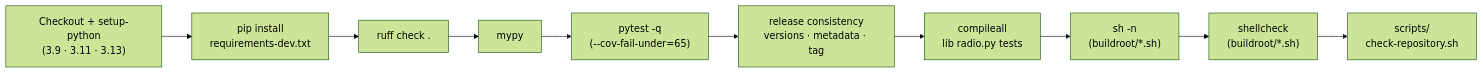
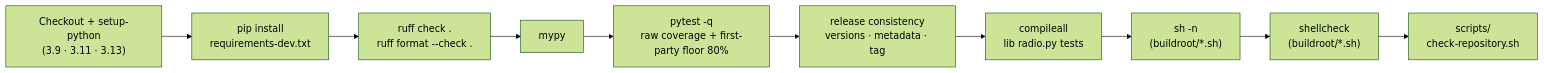
Before and after one commit to thk4711/raspberry-kitchen-radio: the diagram in doc/development.md, drawn with Mermaid (forest theme). The commit also changed other lines of this file and 140 other files, not shown here.

````diff
--- a/doc/development.md
+++ b/doc/development.md
@@ -102,12 +116,12 @@
 ```mermaid
 flowchart LR
     A["Checkout + setup-python<br/>(3.9 · 3.11 · 3.13)"] --> B["pip install<br/>requirements-dev.txt"]
-    B --> C["ruff check ."]
+    B --> C["ruff check .<br/>ruff format --check ."]
     C --> D["mypy"]
-    D --> E["pytest -q<br/>(--cov-fail-under=65)"]
+    D --> E["pytest -q<br/>raw coverage + first-party floor 80%"]
     E --> F["release consistency<br/>versions · metadata · tag"]
     F --> G["compileall<br/>lib radio.py tests"]
     G --> H["sh -n<br/>(buildroot/*.sh)"]
     H --> I["shellcheck<br/>(buildroot/*.sh)"]
     I --> J["scripts/<br/>check-repository.sh"]
 ```
````
